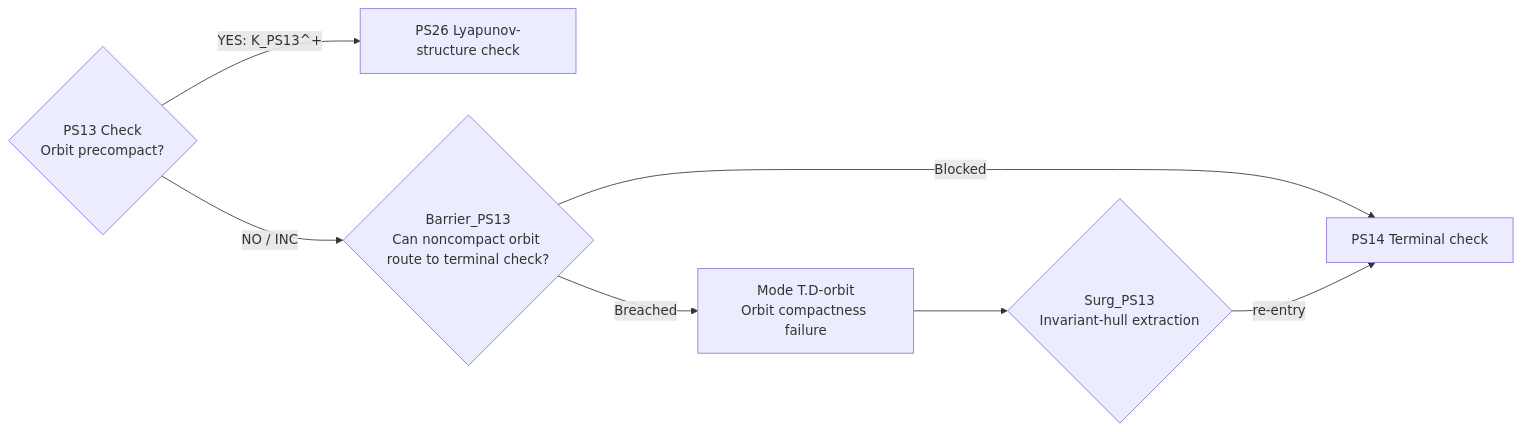
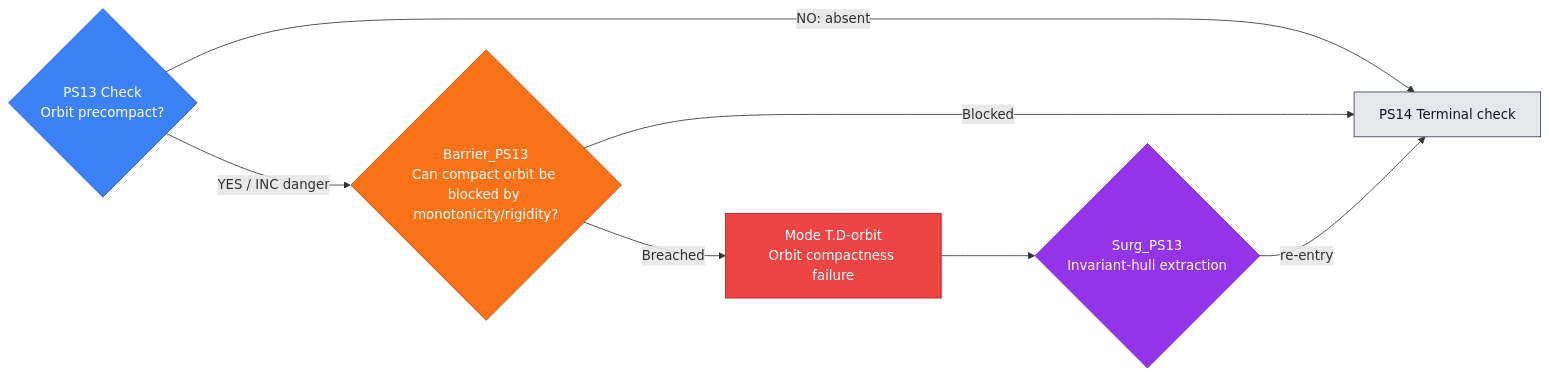
One commit to Guillemdb/hypostructure changed diagram 19 of 54 in docs/source/1_hypostructure_formalism/edits/new_sieve.md. Above: the diagram before and after it, drawn with Mermaid. The commit also changed other lines of this file and 5 other files, not shown here.

````diff
--- a/docs/source/1_hypostructure_formalism/edits/new_sieve.md
+++ b/docs/source/1_hypostructure_formalism/edits/new_sieve.md
@@ -382,10 +1791,23 @@
 ```mermaid
 flowchart LR
     C{"PS13 Check<br/>Orbit precompact?"}
-    C -- "YES: K_PS13^+" --> N["PS26 Lyapunov-structure check"]
-    C -- "NO / INC" --> B{"Barrier_PS13<br/>Can noncompact orbit route to terminal check?"}
-    B -- "Blocked" --> N2["PS14 Terminal check"]
+    C -- "NO: absent" --> N["PS14 Terminal check"]
+    C -- "YES / INC danger" --> B{"Barrier_PS13<br/>Can compact orbit be blocked by monotonicity/rigidity?"}
+    B -- "Blocked" --> N
     B -- "Breached" --> M["Mode T.D-orbit<br/>Orbit compactness failure"]
     M --> S{"Surg_PS13<br/>Invariant-hull extraction"}
-    S -- "re-entry" --> N2
+    S -- "re-entry" --> N
+
+    classDef check fill:#3b82f6,stroke:#1d4ed8,color:#ffffff;
+    classDef barrier fill:#f97316,stroke:#c2410c,color:#ffffff;
+    classDef mode fill:#ef4444,stroke:#b91c1c,color:#ffffff;
+    classDef surgery fill:#9333ea,stroke:#6b21a8,color:#ffffff;
+    classDef next fill:#e5e7eb,stroke:#374151,color:#111827;
+    classDef terminal fill:#fef3c7,stroke:#d97706,color:#111827;
+
+    class C check;
+    class B barrier;
+    class M mode;
+    class S surgery;
+    class N next;
 ```
````
